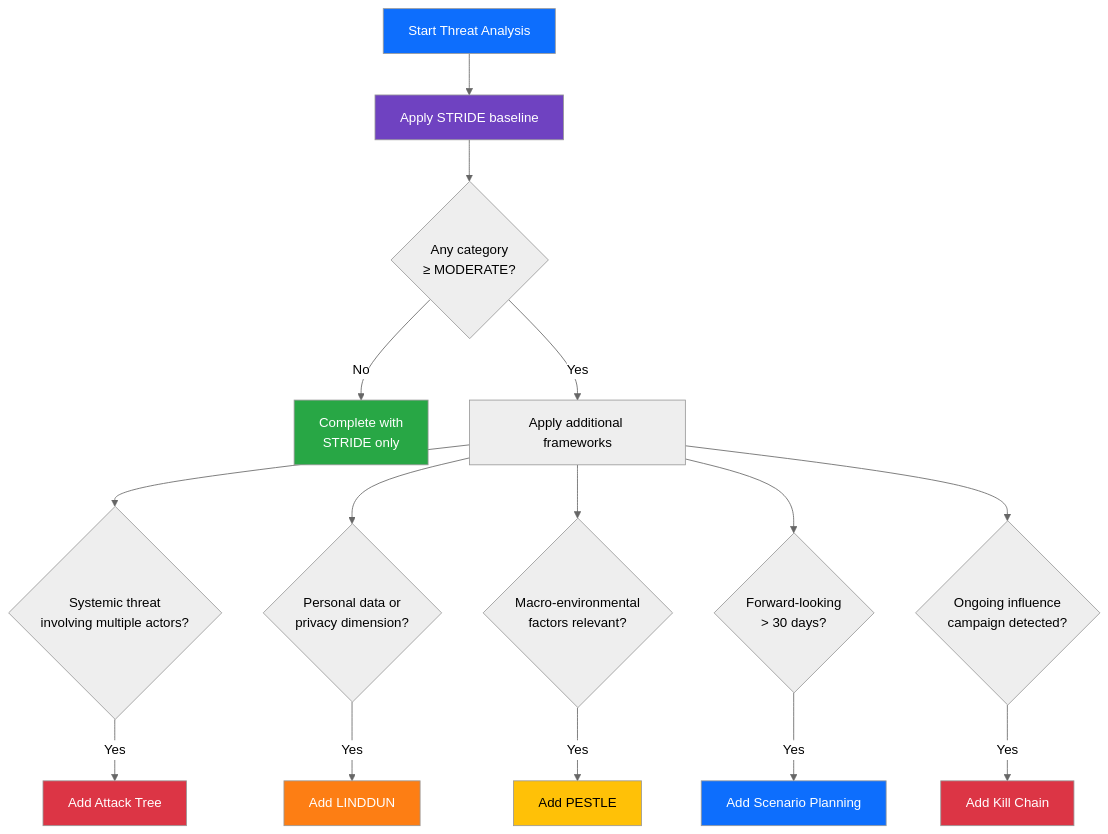
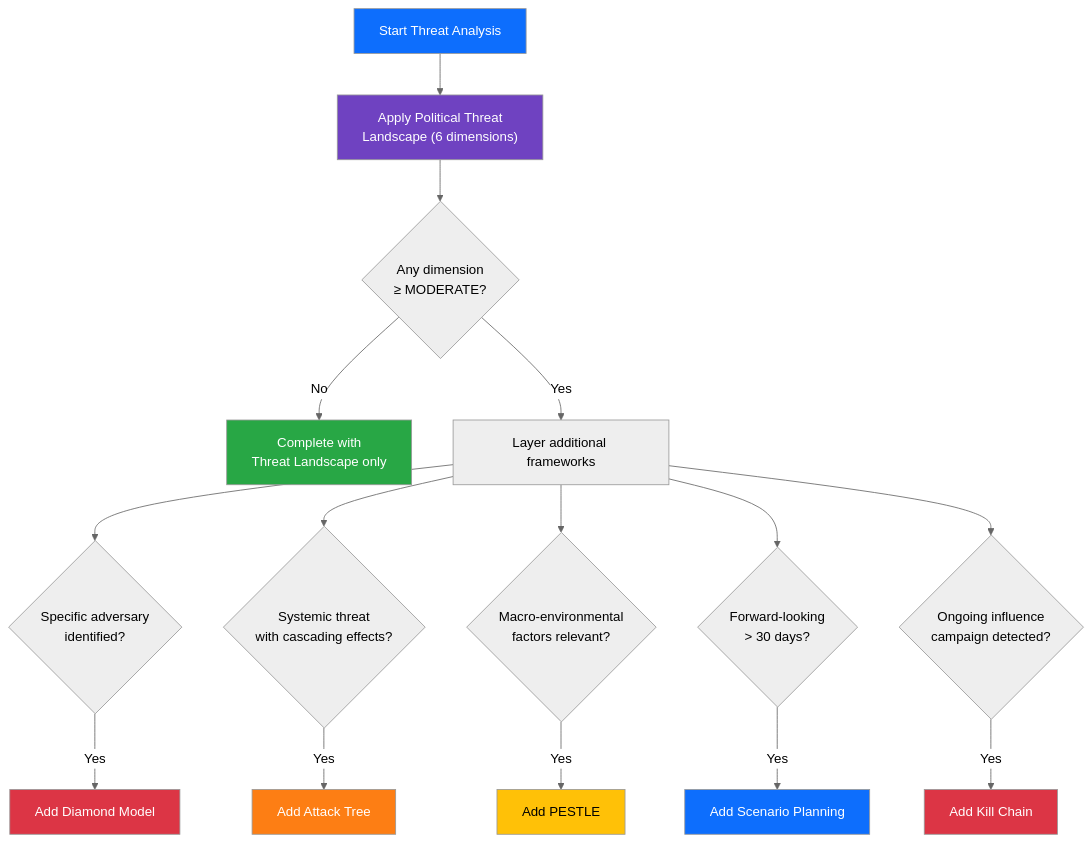
One commit to Hack23/euparliamentmonitor changed the seventh of 7 diagrams in analysis/methodologies/political-threat-framework.md. Above: the diagram before and after it, drawn with Mermaid (neutral theme). The commit also changed other lines of this file and 3 other files, not shown here.

First line of the commit message:
Remove STRIDE from methodologies and templates, replace with Political Threat Landscape

````diff
--- a/analysis/methodologies/political-threat-framework.md
+++ b/analysis/methodologies/political-threat-framework.md
@@ -369,31 +349,31 @@
 ```mermaid
 graph TD
-    START["Start Threat Analysis"] --> STRIDE["Apply STRIDE baseline"]
-    STRIDE --> SEV{Any category<br/>≥ MODERATE?}
-    SEV -->|No| DONE["Complete with<br/>STRIDE only"]
-    SEV -->|Yes| MULTI["Apply additional frameworks"]
+    START["Start Threat Analysis"] --> PTL["Apply Political Threat<br/>Landscape (6 dimensions)"]
+    PTL --> SEV{Any dimension<br/>≥ MODERATE?}
+    SEV -->|No| DONE["Complete with<br/>Threat Landscape only"]
+    SEV -->|Yes| MULTI["Layer additional frameworks"]
 
-    MULTI --> AT{Systemic threat<br/>involving multiple actors?}
-    AT -->|Yes| TREE["Add Attack Tree"]
+    MULTI --> ACT{Specific adversary<br/>identified?}
+    ACT -->|Yes| DIAMOND["Add Diamond Model"]
 
-    MULTI --> PV{Personal data or<br/>privacy dimension?}
-    PV -->|Yes| LIND["Add LINDDUN"]
+    MULTI --> SYS{Systemic threat<br/>with cascading effects?}
+    SYS -->|Yes| TREE["Add Attack Tree"]
 
     MULTI --> ME{Macro-environmental<br/>factors relevant?}
     ME -->|Yes| PEST["Add PESTLE"]
 
     MULTI --> FW{Forward-looking<br/>> 30 days?}
     FW -->|Yes| SCEN["Add Scenario Planning"]
 
     MULTI --> ON{Ongoing influence<br/>campaign detected?}
     ON -->|Yes| KILL["Add Kill Chain"]
 
     style START fill:#0d6efd,color:#fff
-    style STRIDE fill:#6f42c1,color:#fff
+    style PTL fill:#6f42c1,color:#fff
     style DONE fill:#28a745,color:#fff
-    style TREE fill:#dc3545,color:#fff
-    style LIND fill:#fd7e14,color:#fff
+    style DIAMOND fill:#dc3545,color:#fff
+    style TREE fill:#fd7e14,color:#fff
     style PEST fill:#ffc107,color:#000
     style SCEN fill:#0d6efd,color:#fff
     style KILL fill:#dc3545,color:#fff
 ```
````
